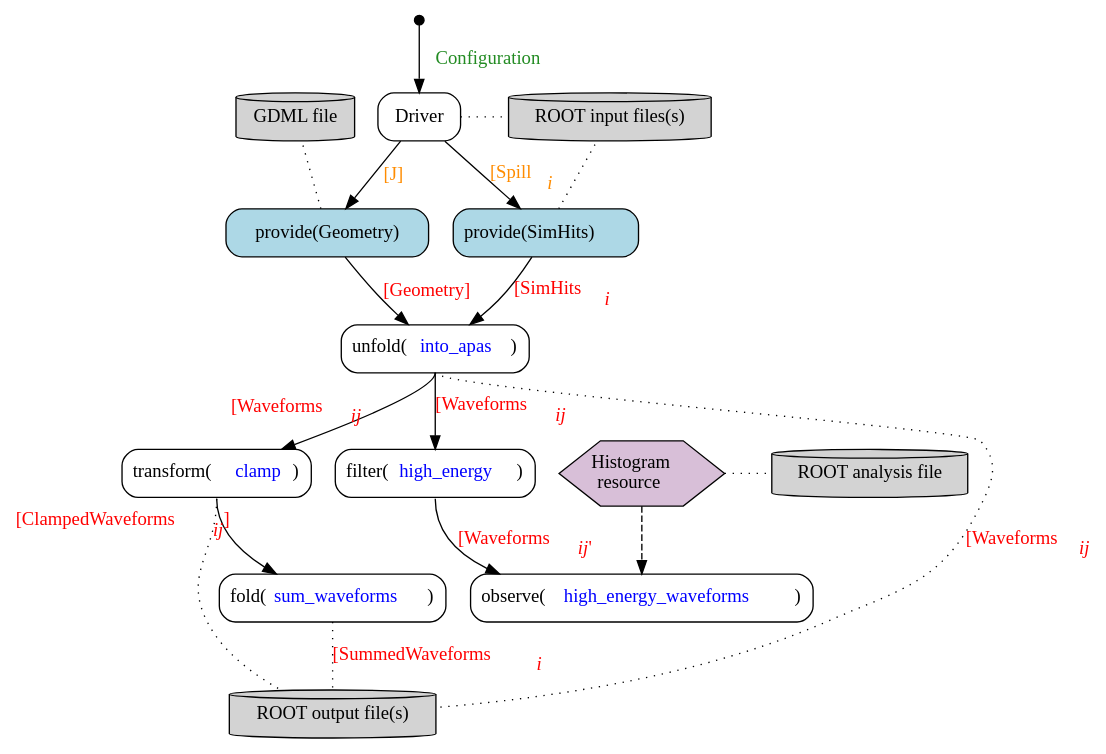
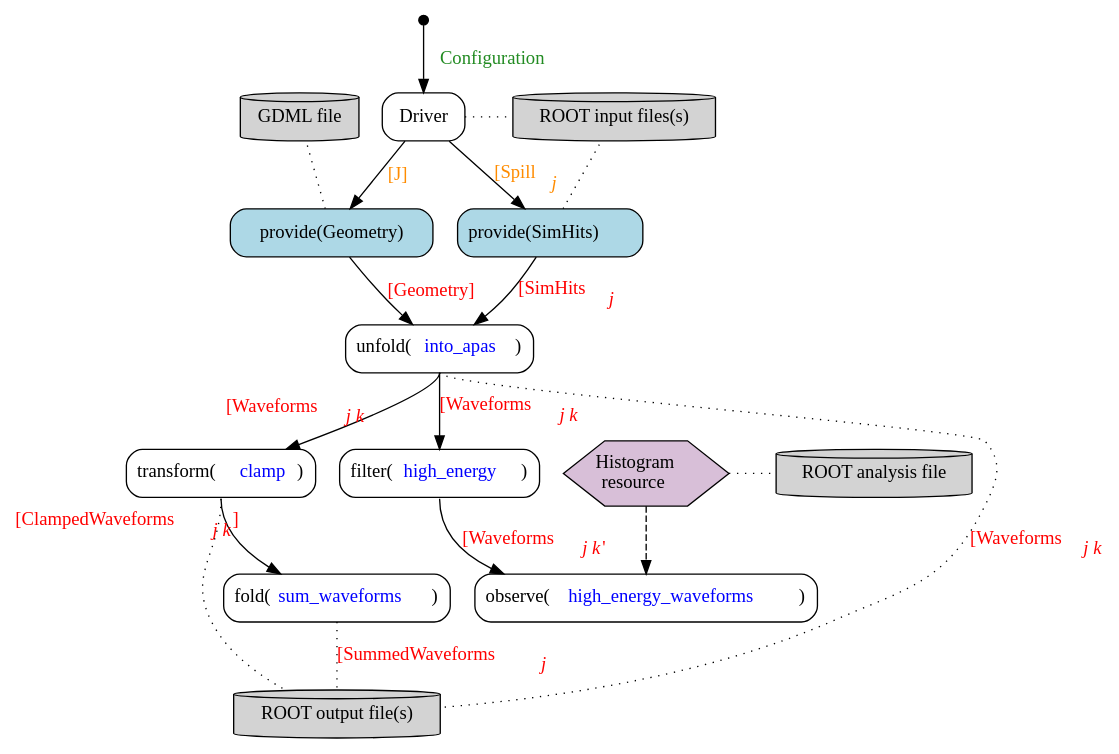
The diagram in doc/graphviz/work-flow.gv (Framework-R-D/phlex-design), drawn with Graphviz before and after one commit.

Commit message:
Switch indices for easier reading

```diff
--- a/doc/graphviz/work-flow.gv
+++ b/doc/graphviz/work-flow.gv
@@ -1,65 +1,65 @@
 digraph {
   node [shape="box", style="rounded"]
   edge [fontcolor="red"];
 
   start [shape="point", width=0.1]
   unfold [label=<unfold(<font color="blue">into_apas</font>)>]
   transform [label=<transform(<font color="blue">clamp</font>)>]
   fold [label=<fold(<font color="blue">sum_waveforms</font>)>]
   filter [label=<filter(<font color="blue">high_energy</font>)>];
   observer [label=<observe(<font color="blue">high_energy_waveforms</font>)>];
   out [label="ROOT output file(s)", shape="cylinder", style="filled", fillcolor="lightgray"]
 
   {
     rank=same;
     resource [label=<Histogram<br/> resource>,
               shape=hexagon,
               style=filled,
               fillcolor=thistle,
               margin=0];
     root [label="ROOT analysis file", style=filled, shape=cylinder];
   }
 
   start -> driver [label=" Configuration", fontcolor="forestgreen"];
 
   {
     rank=same;
     gdml [label="GDML file", shape="cylinder", style="filled", fillcolor="lightgray"]
     driver [label="Driver"];
     input [label="ROOT input files(s)", shape="cylinder", style="filled", fillcolor="lightgray"];
   }
 
   driver -> input [style="dotted", arrowhead=none];
 
   {
     rank=same;
     geometry [label="provide(Geometry)", style="filled,rounded", fillcolor="lightblue"];
     sim_hits_provider [label=<provide(SimHits)>, style="filled,rounded" fillcolor="lightblue"];
   }
 
   driver -> geometry [label=" [J]", fontcolor="darkorange"];
-  driver -> sim_hits_provider [label=< [Spill<sub><i>i</i></sub>]>, fontcolor="darkorange"];
+  driver -> sim_hits_provider [label=< [Spill<sub><i>j</i></sub>]>, fontcolor="darkorange"];
 
   geometry -> gdml [style="dotted", arrowhead=none];
   resource -> root [style="dotted", arrowhead=none];
 
   sim_hits_provider -> input [style="dotted", arrowhead=none];
-  sim_hits_provider -> unfold [label=< [SimHits<sub><i>i</i></sub>]>];
+  sim_hits_provider -> unfold [label=< [SimHits<sub><i>j</i></sub>]>];
   geometry -> unfold [label=< [Geometry]>];
 
-  unfold:s -> transform [xlabel=< [Waveforms<sub><i>ij</i></sub>]>];
-  transform:s -> fold [taillabel=<[ClampedWaveforms<sub><i>ij</i></sub>] >,
+  unfold:s -> transform [xlabel=< [Waveforms<sub><i>j k</i></sub>]>];
+  transform:s -> fold [taillabel=<[ClampedWaveforms<sub><i>j k</i></sub>] >,
                        labelangle=-80,
                        labeldistance=7
                       ];
 
-  unfold:s -> out [style="dotted", arrowhead=none, label=<[Waveforms<sub><i>ij</i></sub>]>];
+  unfold:s -> out [style="dotted", arrowhead=none, label=<[Waveforms<sub><i>j k</i></sub>]>];
   transform:s -> out [style="dotted", arrowhead=none];
 
 
-  unfold:s -> filter [label=< [Waveforms<sub><i>ij</i></sub>]>];
-  filter:s -> observer [label=< [Waveforms<sub><i>ij</i> '</sub>]>];
+  unfold:s -> filter [label=< [Waveforms<sub><i>j k</i></sub>]>];
+  filter:s -> observer [label=< [Waveforms<sub><i>j k</i> '</sub>]>];
   resource -> observer [style="dashed"];
 
-  fold:s -> out [style="dotted", arrowhead=none, label=< [SummedWaveforms<sub><i>i</i></sub>]>];
+  fold:s -> out [style="dotted", arrowhead=none, label=< [SummedWaveforms<sub><i>j</i></sub>]>];
 }
```
